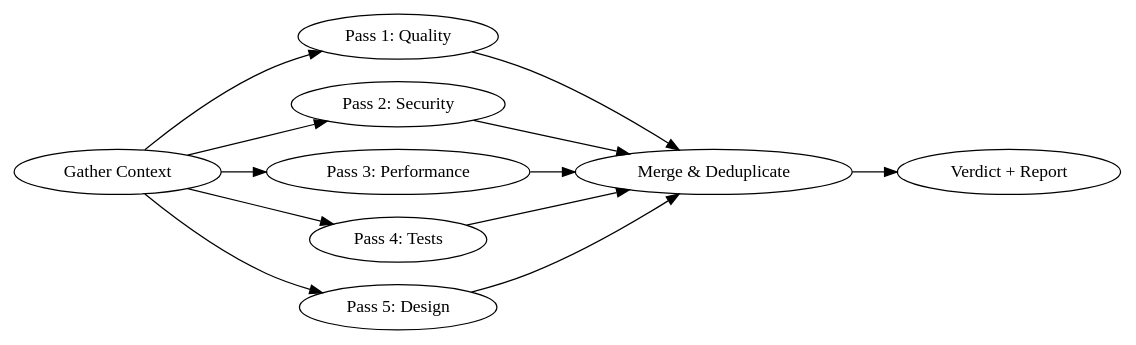
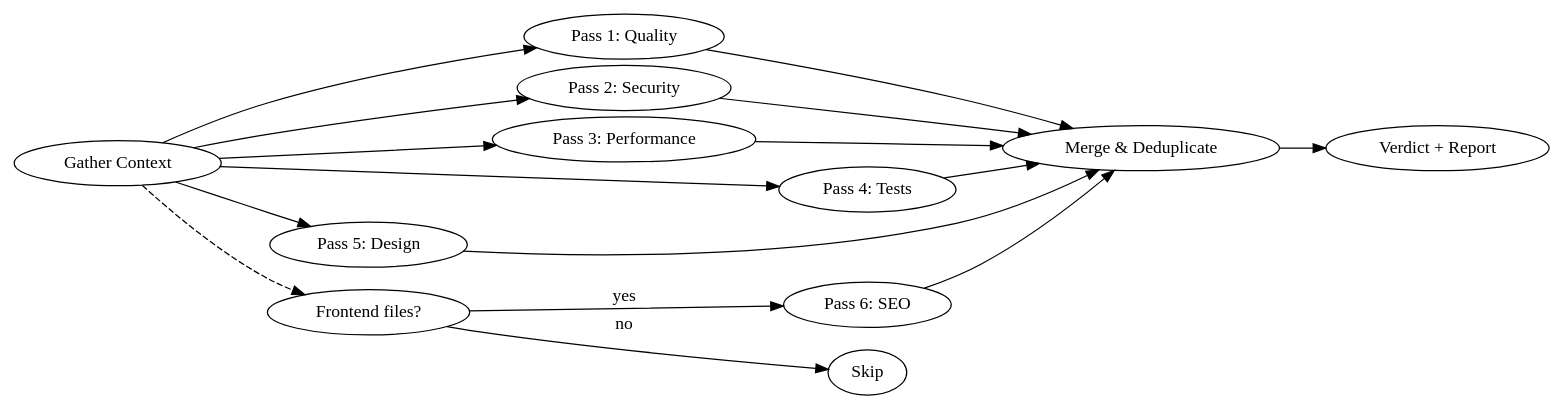
One commit to caio-silva/claude-skills changed the diagram in skills/deep-code-review/SKILL.md. Above: the diagram before and after it, drawn with Graphviz. The commit also changed other lines of this file, not shown here.

Commit message:
feat: update heading, overview, and flow diagram for Pass 6

````diff
--- a/skills/deep-code-review/SKILL.md
+++ b/skills/deep-code-review/SKILL.md
@@ -30,11 +30,15 @@
 ```dot
 digraph review_flow {
     rankdir=LR;
     "Gather Context" -> "Pass 1: Quality" -> "Merge & Deduplicate";
     "Gather Context" -> "Pass 2: Security" -> "Merge & Deduplicate";
     "Gather Context" -> "Pass 3: Performance" -> "Merge & Deduplicate";
     "Gather Context" -> "Pass 4: Tests" -> "Merge & Deduplicate";
     "Gather Context" -> "Pass 5: Design" -> "Merge & Deduplicate";
+    "Gather Context" -> "Frontend files?" [style=dashed];
+    "Frontend files?" -> "Pass 6: SEO" [label="yes"];
+    "Frontend files?" -> "Skip" [label="no"];
+    "Pass 6: SEO" -> "Merge & Deduplicate";
     "Merge & Deduplicate" -> "Verdict + Report";
 }
 ```
````
